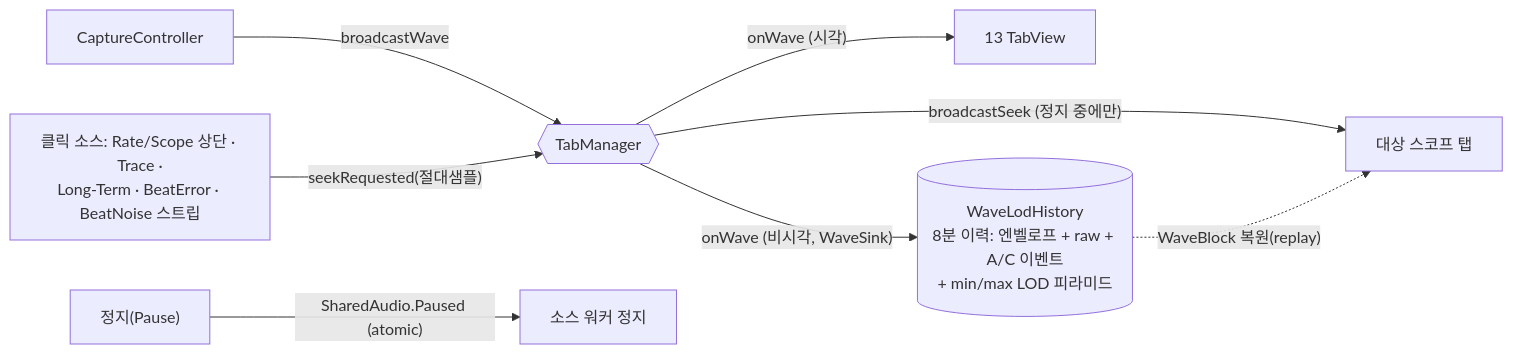
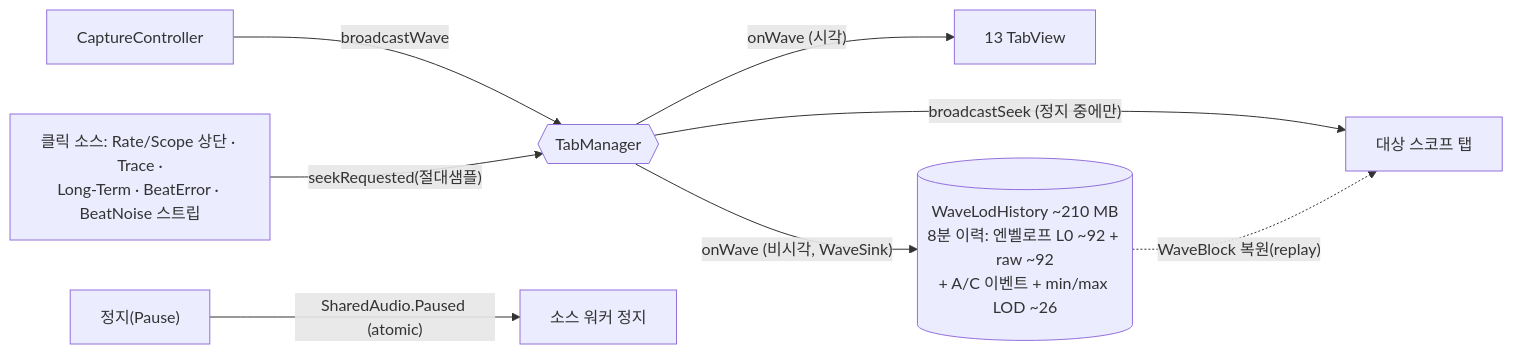
The fourth of 4 diagrams in documents/archive/ARCHITECTURE.md (jaehong179/architect_cmu), drawn with Mermaid before and after one commit. The commit also changed 3 other files, not shown here.

First line of the commit message:
docs(archive): correct WaveLodHistory memory in C&C view (~210 MB, not 92)

````diff
--- a/documents/archive/ARCHITECTURE.md
+++ b/documents/archive/ARCHITECTURE.md
@@ -205,10 +205,10 @@
 ```mermaid
 flowchart LR
     CC[CaptureController] -- broadcastWave --> TM{{TabManager}}
     TM -- "onWave (시각)" --> TABS[13 TabView]
-    TM -- "onWave (비시각, WaveSink)" --> HIST[("WaveLodHistory<br/>8분 이력: 엔벨로프 + raw + A/C 이벤트<br/>+ min/max LOD 피라미드")]
+    TM -- "onWave (비시각, WaveSink)" --> HIST[("WaveLodHistory ~210 MB<br/>8분 이력: 엔벨로프 L0 ~92 + raw ~92<br/>+ A/C 이벤트 + min/max LOD ~26")]
     PB["정지(Pause)"] -- "SharedAudio.Paused (atomic)" --> WK[소스 워커 정지]
     SRC["클릭 소스: Rate/Scope 상단 · Trace ·<br/>Long-Term · BeatError · BeatNoise 스트립"] -- "seekRequested(절대샘플)" --> TM
     TM -- "broadcastSeek (정지 중에만)" --> TGT["대상 스코프 탭"]
     HIST -. "WaveBlock 복원(replay)" .-> TGT
 ```
````
